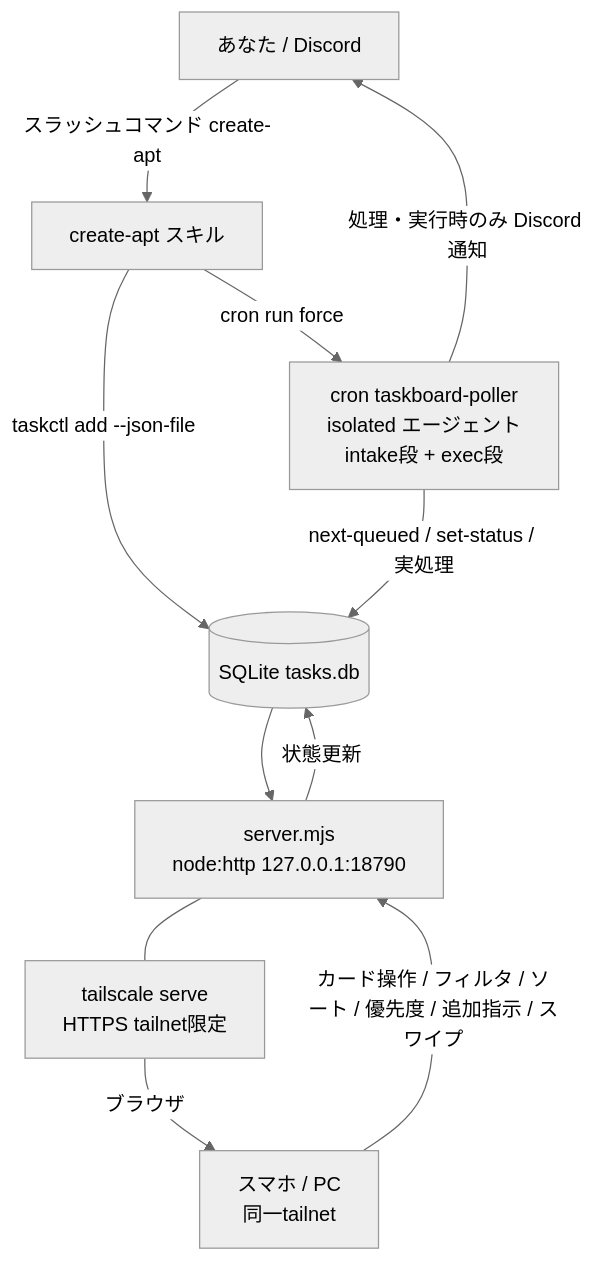
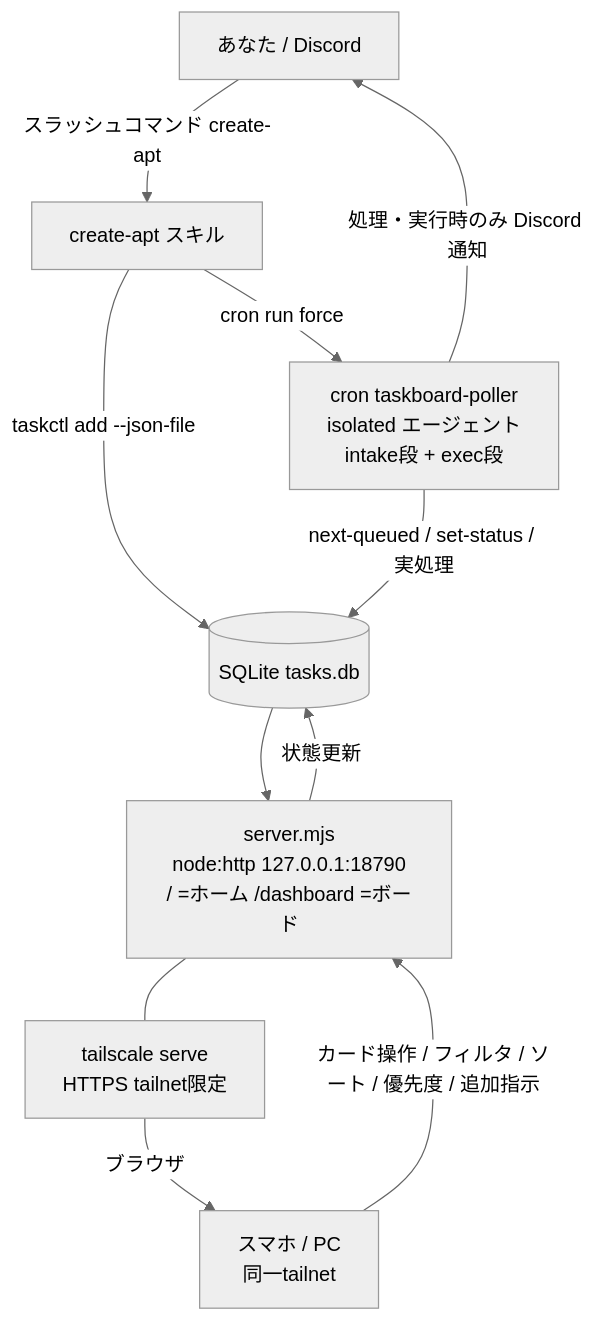
The first of 2 diagrams in docs/openclaw/014_DONE_SETUP_task-board.md (TakahitoSuzukiii/public-openclaw-01), drawn with Mermaid (neutral theme) before and after one commit. The commit also changed other lines of this file, not shown here.

Commit message:
docs(openclaw): / をホーム画面・/dashboard をタスクボードに分離、ホーム画面とpoller停止状況を反映

````diff
--- a/docs/openclaw/014_DONE_SETUP_task-board.md
+++ b/docs/openclaw/014_DONE_SETUP_task-board.md
@@ -43,13 +43,13 @@
 ```mermaid
 flowchart TD
     U["あなた / Discord"] -->|スラッシュコマンド create-apt| SKILL["create-apt スキル"]
     SKILL -->|taskctl add --json-file| DB[("SQLite tasks.db")]
     SKILL -->|cron run force| POLL["cron taskboard-poller<br/>isolated エージェント<br/>intake段 + exec段"]
     POLL -->|next-queued / set-status / 実処理| DB
     POLL -->|処理・実行時のみ Discord 通知| U
-    DB --> SRV["server.mjs<br/>node:http 127.0.0.1:18790"]
+    DB --> SRV["server.mjs<br/>node:http 127.0.0.1:18790<br/>/ =ホーム /dashboard =ボード"]
     SRV --- SERVE["tailscale serve<br/>HTTPS tailnet限定"]
     SERVE -->|ブラウザ| DEV["スマホ / PC<br/>同一tailnet"]
-    DEV -->|カード操作 / フィルタ / ソート / 優先度 / 追加指示 / スワイプ| SRV
+    DEV -->|カード操作 / フィルタ / ソート / 優先度 / 追加指示| SRV
     SRV -->|状態更新| DB
 ```
````
